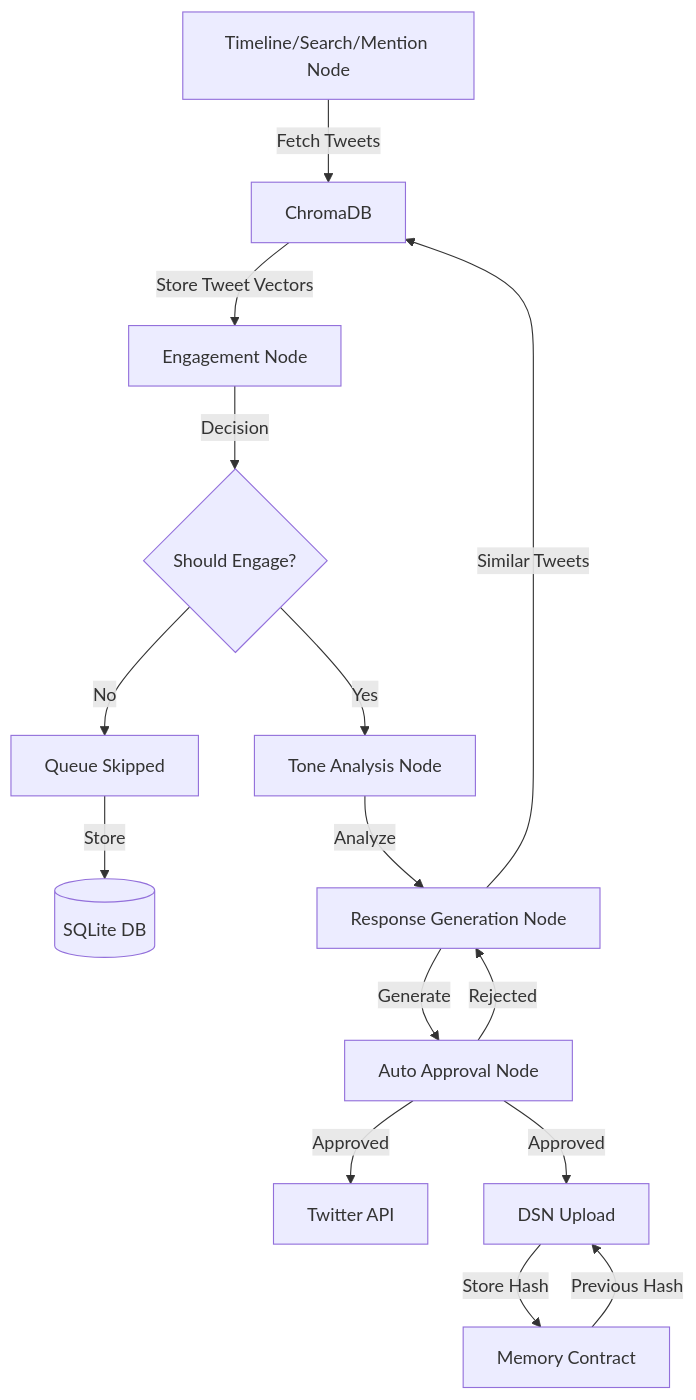
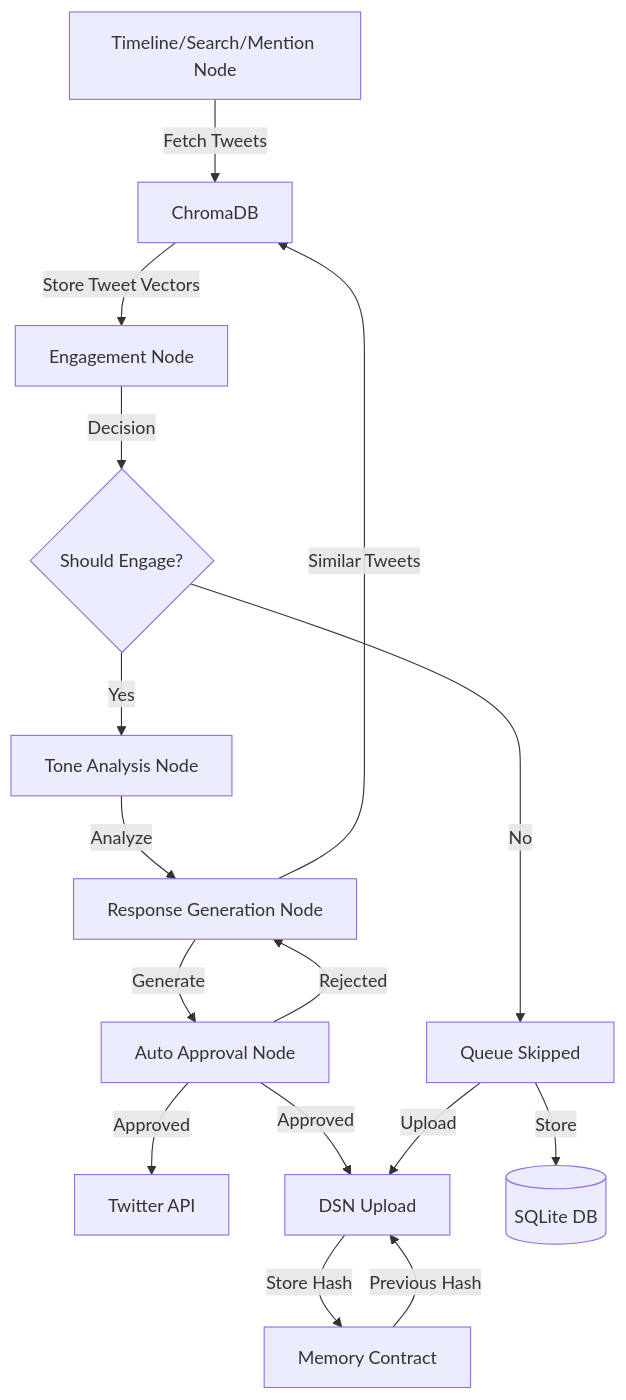
The diagram in auto-kol/agent/README.md (autonomys/autonomys-agents), drawn with Mermaid before and after one commit.

````diff
--- a/auto-kol/agent/README.md
+++ b/auto-kol/agent/README.md
@@ -80,17 +80,18 @@
 ```mermaid
 graph TD
     A[Timeline/Search/Mention Node] -->|Fetch Tweets| B[ChromaDB]
     B -->|Store Tweet Vectors| C[Engagement Node]
     C -->|Decision| D{Should Engage?}
     D -->|No| E[Queue Skipped]
     D -->|Yes| F[Tone Analysis Node]
     F -->|Analyze| G[Response Generation Node]
     G -->|Similar Tweets| B
     G -->|Generate| H[Auto Approval Node]
     H -->|Rejected| G
     H -->|Approved| K[Twitter API]
     H -->|Approved| L[DSN Upload]
     L -->|Store Hash| M[Memory Contract]
     M -->|Previous Hash| L
     E -->|Store| I[(SQLite DB)]
+    E -->|Upload| L
 ```
````
